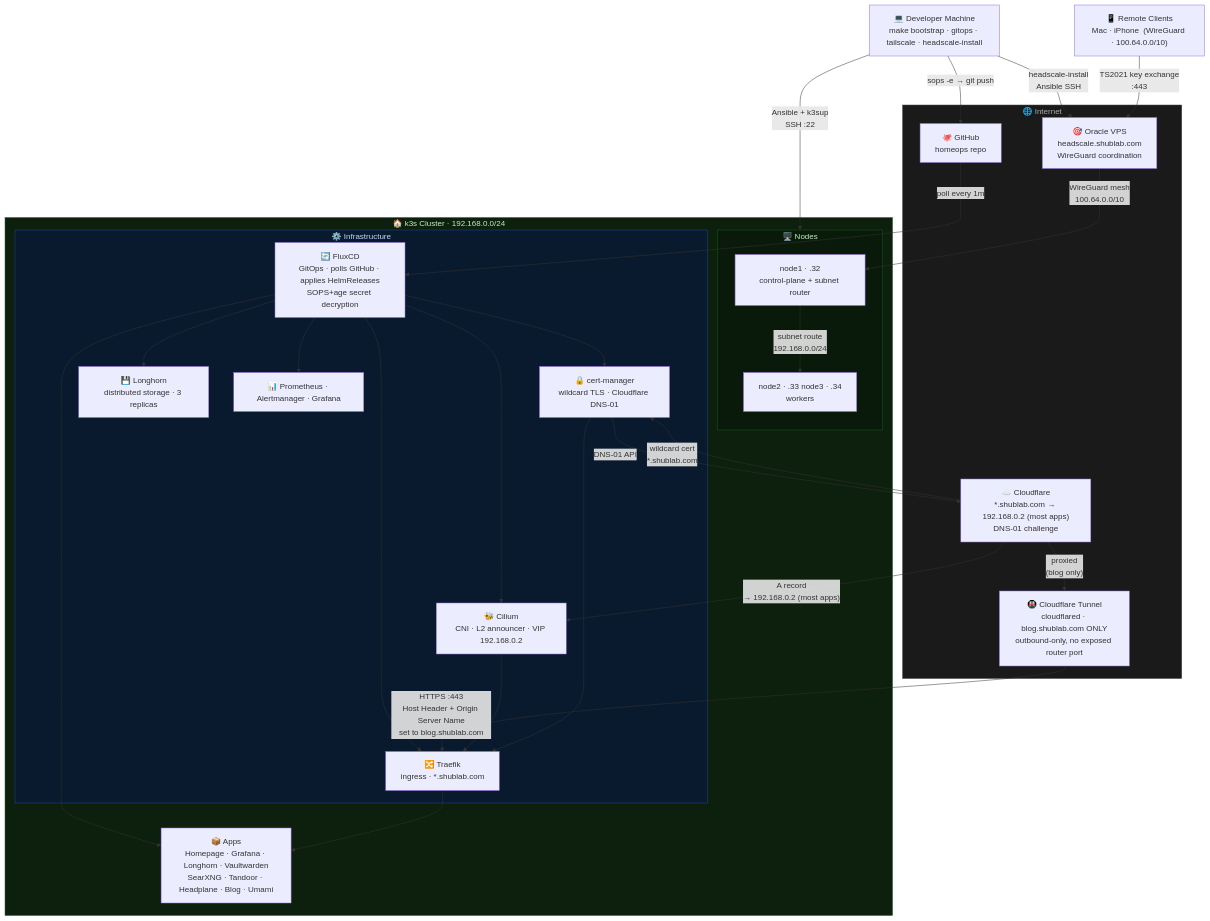
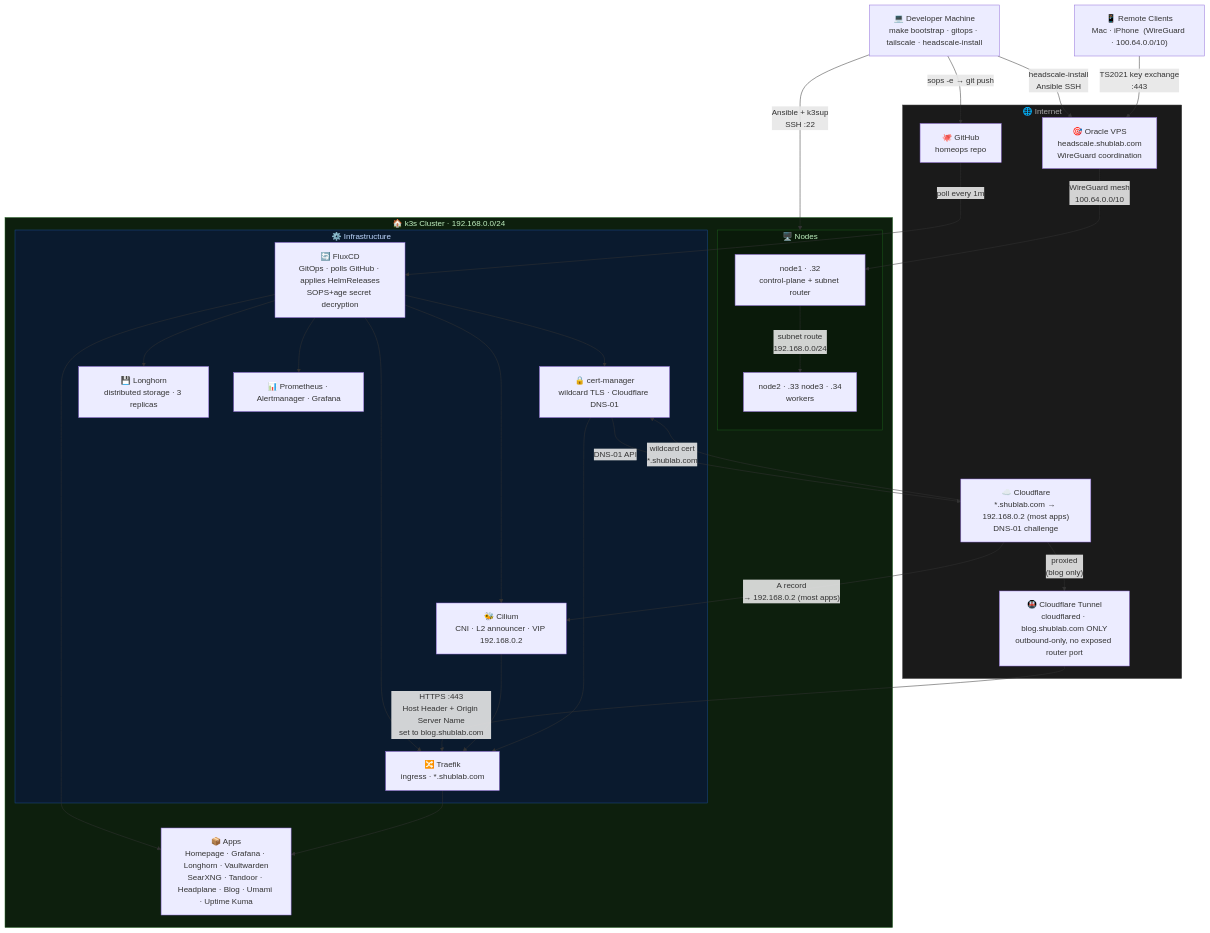
Before and after one commit to shubhamwagh/homeops: the diagram in README.md, drawn with Mermaid. The commit also changed other lines of this file and 9 other files, not shown here.

First line of the commit message:
Add Uptime Kuma self-hosted status monitoring

````diff
--- a/README.md
+++ b/README.md
@@ -13,59 +13,59 @@
 ```mermaid
 flowchart TB
     subgraph internet["🌐 Internet"]
         GH["🐙 GitHub\nhomeops repo"]
         CF["☁️ Cloudflare\n*.shublab.com → 192.168.0.2 (most apps)\nDNS-01 challenge"]
         TUNNEL["🚇 Cloudflare Tunnel\ncloudflared · blog.shublab.com ONLY\noutbound-only, no exposed router port"]
         VPS["🎯 Oracle VPS\nheadscale.shublab.com\nWireGuard coordination"]
     end
 
     DEV["💻 Developer Machine\nmake bootstrap · gitops · tailscale · headscale-install"]
 
     subgraph cluster["🏠 k3s Cluster · 192.168.0.0/24"]
         subgraph nodes["🖥️ Nodes"]
             N1["node1 · .32\ncontrol-plane + subnet router"]
             N2N3["node2 · .33   node3 · .34\nworkers"]
         end
 
         subgraph infra["⚙️ Infrastructure"]
             FLUX["🔄 FluxCD\nGitOps · polls GitHub · applies HelmReleases\nSOPS+age secret decryption"]
             CILIUM["🐝 Cilium\nCNI · L2 announcer · VIP 192.168.0.2"]
             TRAEFIK["🔀 Traefik\ningress · *.shublab.com"]
             CERT["🔒 cert-manager\nwildcard TLS · Cloudflare DNS-01"]
             LONGHORN["💾 Longhorn\ndistributed storage · 3 replicas"]
             MONITORING["📊 Prometheus · Alertmanager · Grafana"]
         end
 
-        APPS["📦 Apps\nHomepage · Grafana · Longhorn · Vaultwarden\nSearXNG · Tandoor · Headplane · Blog · Umami"]
+        APPS["📦 Apps\nHomepage · Grafana · Longhorn · Vaultwarden\nSearXNG · Tandoor · Headplane · Blog · Umami · Uptime Kuma"]
     end
 
     VPNCLIENTS["📱 Remote Clients\nMac · iPhone  (WireGuard · 100.64.0.0/10)"]
 
     %% provisioning
     DEV -- "Ansible + k3sup\nSSH :22" --> nodes
     DEV -- "headscale-install\nAnsible SSH" --> VPS
 
     %% GitOps
     DEV -- "sops -e → git push" --> GH
     GH -- "poll every 1m" --> FLUX
     FLUX --> CILIUM & TRAEFIK & CERT & LONGHORN & MONITORING & APPS
 
     %% TLS + traffic
     CERT -- "DNS-01 API" --> CF
     CF -- "wildcard cert\n*.shublab.com" --> CERT
     CF -- "A record\n→ 192.168.0.2 (most apps)" --> CILIUM
     CF -- "proxied\n(blog only)" --> TUNNEL
     TUNNEL -- "HTTPS :443\nHost Header + Origin Server Name\nset to blog.shublab.com" --> TRAEFIK
     CILIUM --> TRAEFIK --> APPS
     CERT --> TRAEFIK
 
     %% VPN
     VPNCLIENTS -- "TS2021 key exchange\n:443" --> VPS
     VPS -- "WireGuard mesh\n100.64.0.0/10" --> N1
     N1 -- "subnet route\n192.168.0.0/24" --> N2N3
 
     style internet fill:#1a1a1a,stroke:#444,color:#aaa
     style cluster fill:#0d1f0d,stroke:#2a6a2a,color:#c0f0c0
     style nodes fill:#0a1a0a,stroke:#1a5a1a,color:#c0f0c0
     style infra fill:#0a1a2e,stroke:#1a4a8a,color:#c0d8ff
 ```
````
